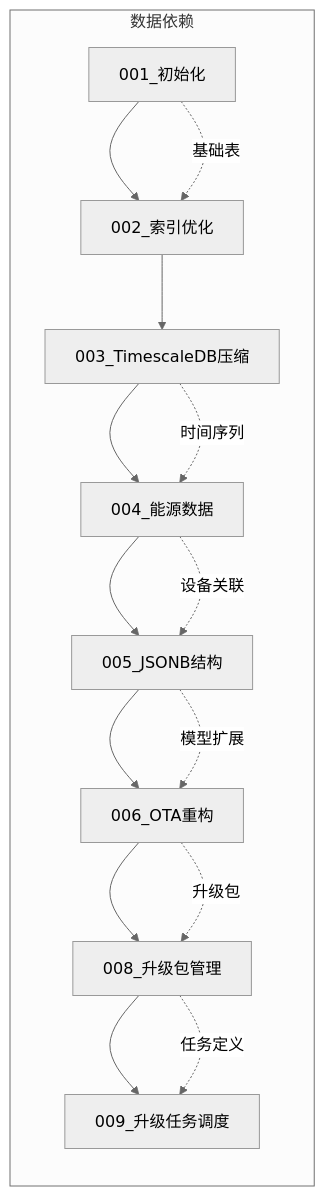
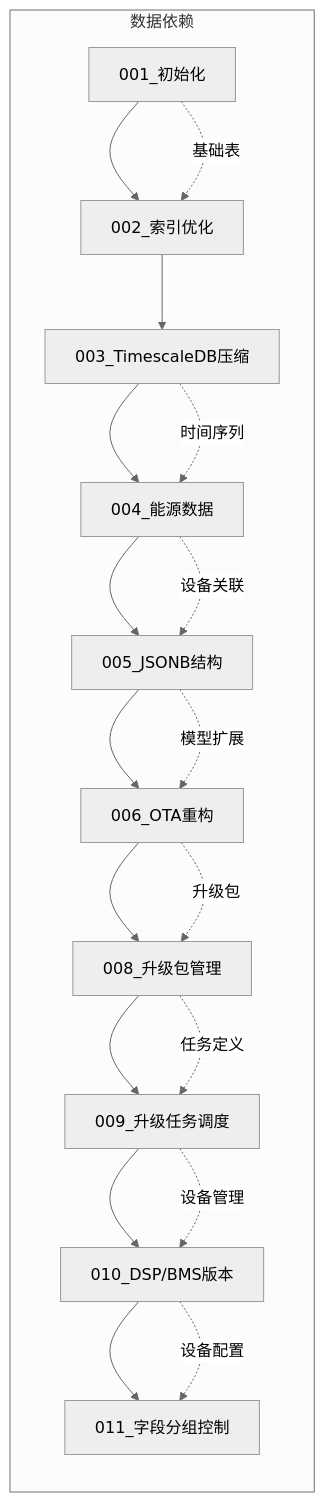
One commit to mcmrzy/cs_inv_monitor-develop changed diagram 18 of 23 in .qoder/repowiki/zh/content/数据库设计/数据库迁移管理.md. Above: the diagram before and after it, drawn with Mermaid (neutral theme). The commit also changed other lines of this file and 12 other files, not shown here.

````diff
--- a/.qoder/repowiki/zh/content/数据库设计/数据库迁移管理.md
+++ b/.qoder/repowiki/zh/content/数据库设计/数据库迁移管理.md
@@ -541,18 +661,22 @@
 ```mermaid
 graph LR
 INIT[001_初始化] --> INDEXES[002_索引优化]
 INDEXES --> COMPRESSION[003_TimescaleDB压缩]
 COMPRESSION --> ENERGY[004_能源数据]
 ENERGY --> JSONB[005_JSONB结构]
 JSONB --> OTA[006_OTA重构]
 OTA --> UPGRADE_PACKAGES[008_升级包管理]
 UPGRADE_PACKAGES --> UPGRADE_TASKS[009_升级任务调度]
+UPGRADE_TASKS --> DSP_BMS[010_DSP/BMS版本]
+DSP_BMS --> GROUP_PARAMS[011_字段分组控制]
 subgraph "数据依赖"
 INIT -.->|基础表| INDEXES
 COMPRESSION -.->|时间序列| ENERGY
 ENERGY -.->|设备关联| JSONB
 JSONB -.->|模型扩展| OTA
 OTA -.->|升级包| UPGRADE_PACKAGES
 UPGRADE_PACKAGES -.->|任务定义| UPGRADE_TASKS
+UPGRADE_TASKS -.->|设备管理| DSP_BMS
+DSP_BMS -.->|设备配置| GROUP_PARAMS
 end
 ```
````
